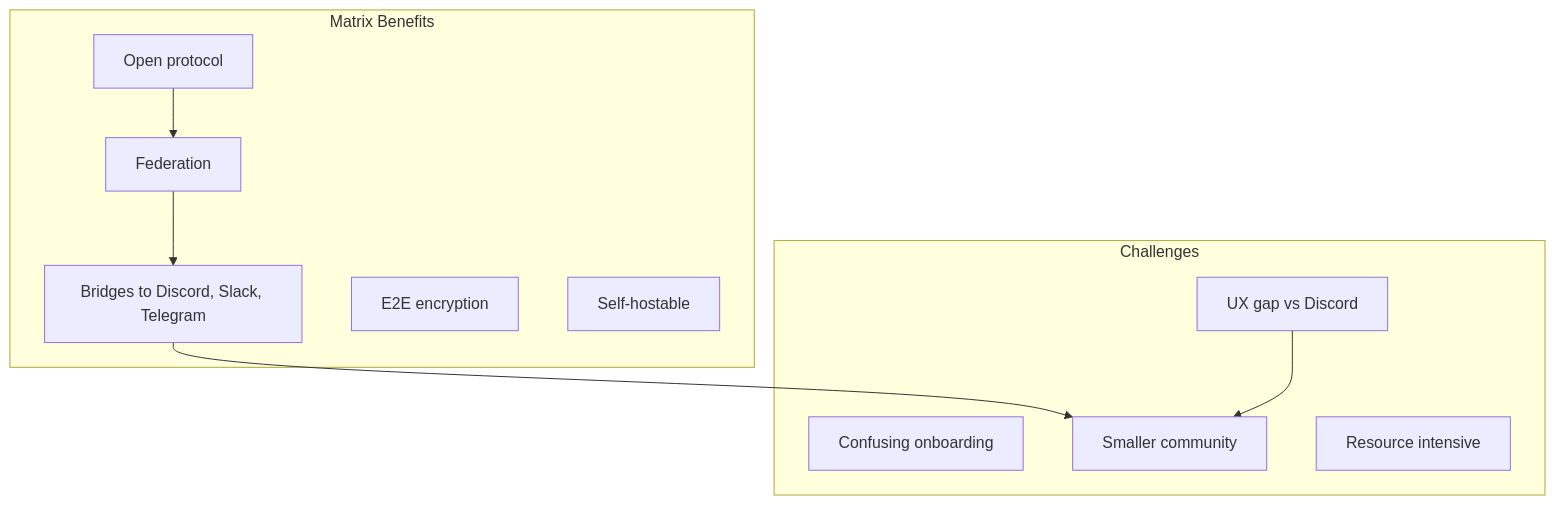
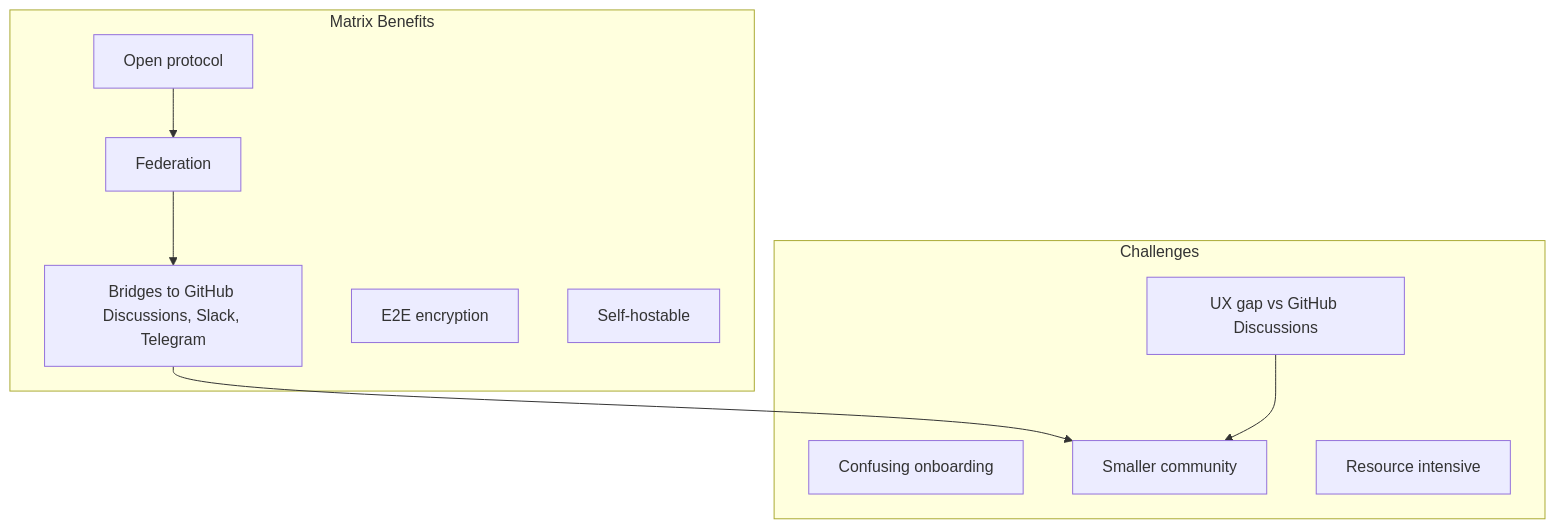
Before and after one commit to crs48/xNet: the fifth of 7 diagrams in docs/explorations/0063_[_]_COMMUNITY_TOOLS.md, drawn with Mermaid. The commit also changed other lines of this file and 980 other files, not shown here.

````diff
--- a/docs/explorations/0063_[_]_COMMUNITY_TOOLS.md
+++ b/docs/explorations/0063_[_]_COMMUNITY_TOOLS.md
@@ -375,22 +375,22 @@
 ```mermaid
 flowchart TB
     subgraph "Matrix Benefits"
         OPEN["Open protocol"]
         FED["Federation"]
-        BRIDGE["Bridges to Discord, Slack, Telegram"]
+        BRIDGE["Bridges to GitHub Discussions, Slack, Telegram"]
         E2E["E2E encryption"]
         SELF["Self-hostable"]
     end
 
     subgraph "Challenges"
-        UX["UX gap vs Discord"]
+        UX["UX gap vs GitHub Discussions"]
         ONBOARD["Confusing onboarding"]
         SMALL["Smaller community"]
         RESOURCES["Resource intensive"]
     end
 
     OPEN --> FED
     FED --> BRIDGE
     BRIDGE --> SMALL
     UX --> SMALL
 ```
````
